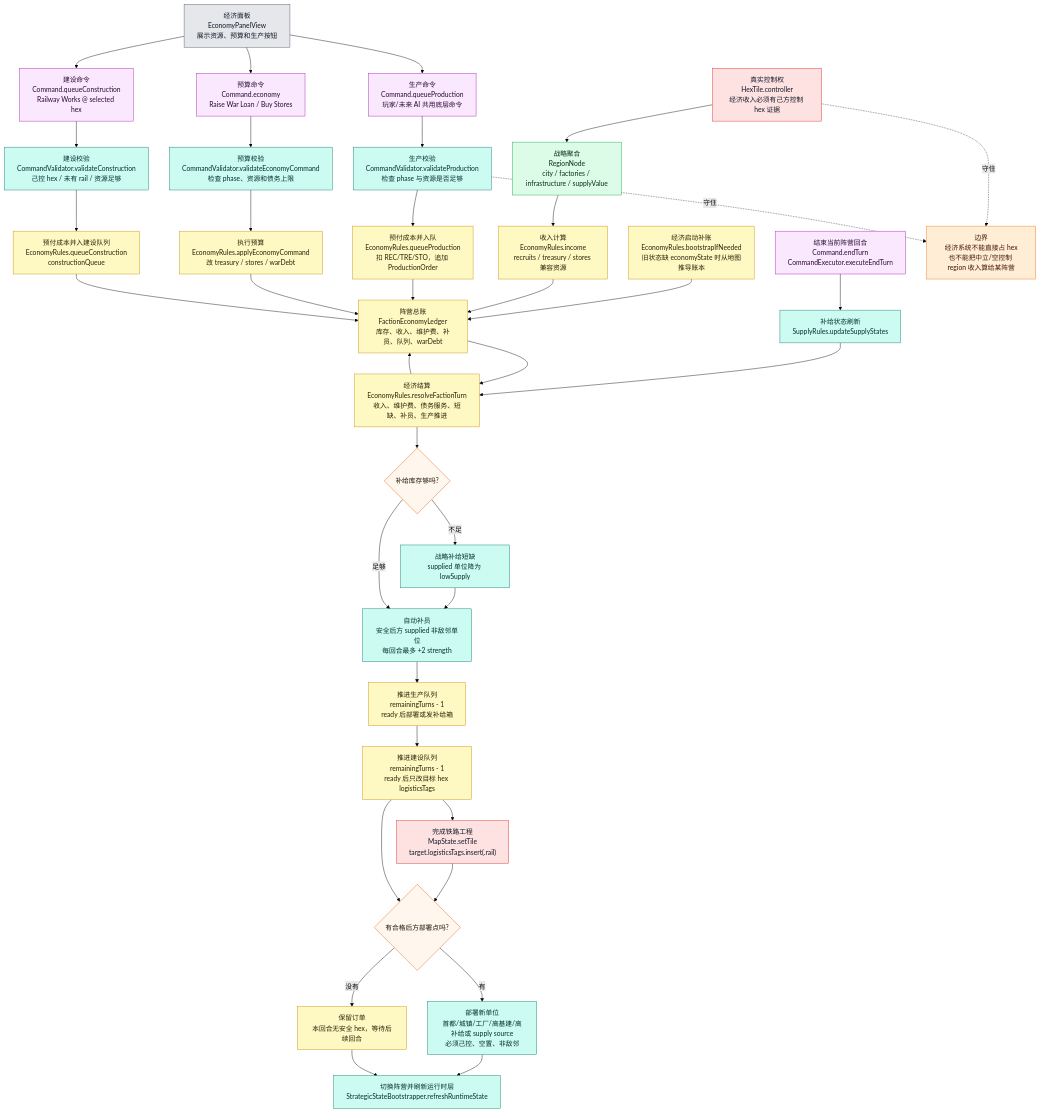
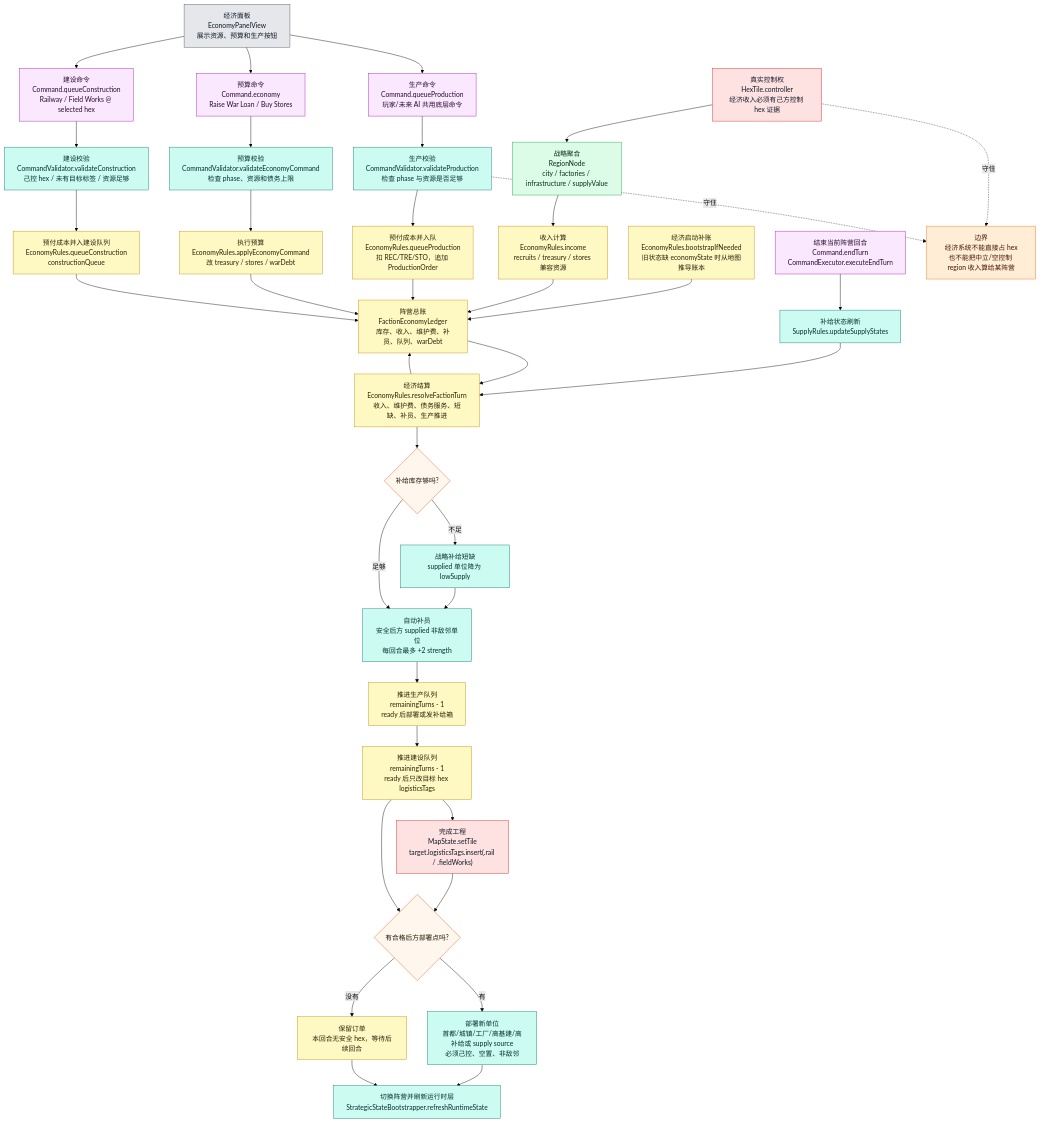
The fourth of 9 diagrams in md/flow/flowchart.md (Altman-sam114/126), drawn with Mermaid (forest theme) before and after one commit. The commit also changed 9 other files, not shown here.

Commit message:
feat(economy): add field works construction

````diff
--- a/md/flow/flowchart.md
+++ b/md/flow/flowchart.md
@@ -206,63 +206,63 @@
 ```mermaid
 flowchart TD
     BOOT["经济启动补账<br/>EconomyRules.bootstrapIfNeeded<br/>旧状态缺 economyState 时从地图推导账本"]:::economy
     HEX["真实控制权<br/>HexTile.controller<br/>经济收入必须有己方控制 hex 证据"]:::authority
     REGION["战略聚合<br/>RegionNode<br/>city / factories / infrastructure / supplyValue"]:::derived
     INCOME["收入计算<br/>EconomyRules.income<br/>recruits / treasury / stores 兼容资源"]:::economy
     LEDGER["阵营总账<br/>FactionEconomyLedger<br/>库存、收入、维护费、补员、队列、warDebt"]:::economy
 
     UI["经济面板<br/>EconomyPanelView<br/>展示资源、预算和生产按钮"]:::ui
     QUEUE["生产命令<br/>Command.queueProduction<br/>玩家/未来 AI 共用底层命令"]:::command
     VALIDATE["生产校验<br/>CommandValidator.validateProduction<br/>检查 phase 与资源是否足够"]:::rules
     PAY["预付成本并入队<br/>EconomyRules.queueProduction<br/>扣 REC/TRE/STO，追加 ProductionOrder"]:::economy
     BUDGET["预算命令<br/>Command.economy<br/>Raise War Loan / Buy Stores"]:::command
     BVALID["预算校验<br/>CommandValidator.validateEconomyCommand<br/>检查 phase、资源和债务上限"]:::rules
     APPLYB["执行预算<br/>EconomyRules.applyEconomyCommand<br/>改 treasury / stores / warDebt"]:::economy
-    BUILD["建设命令<br/>Command.queueConstruction<br/>Railway Works @ selected hex"]:::command
-    BLDVALID["建设校验<br/>CommandValidator.validateConstruction<br/>己控 hex / 未有 rail / 资源足够"]:::rules
+    BUILD["建设命令<br/>Command.queueConstruction<br/>Railway / Field Works @ selected hex"]:::command
+    BLDVALID["建设校验<br/>CommandValidator.validateConstruction<br/>己控 hex / 未有目标标签 / 资源足够"]:::rules
     BLDQUEUE["预付成本并入建设队列<br/>EconomyRules.queueConstruction<br/>constructionQueue"]:::economy
 
     END["结束当前阵营回合<br/>Command.endTurn<br/>CommandExecutor.executeEndTurn"]:::command
     SUPPLY["补给状态刷新<br/>SupplyRules.updateSupplyStates"]:::rules
     RESOLVE["经济结算<br/>EconomyRules.resolveFactionTurn<br/>收入、维护费、债务服务、短缺、补员、生产推进"]:::economy
     SHORT{"补给库存够吗?"}:::decision
     LOW["战略补给短缺<br/>supplied 单位降为 lowSupply"]:::rules
     REINF["自动补员<br/>安全后方 supplied 非敌邻单位<br/>每回合最多 +2 strength"]:::rules
     PROD["推进生产队列<br/>remainingTurns - 1<br/>ready 后部署或发补给箱"]:::economy
     CONST["推进建设队列<br/>remainingTurns - 1<br/>ready 后只改目标 hex logisticsTags"]:::economy
     DEPLOY{"有合格后方部署点吗?"}:::decision
     SPAWN["部署新单位<br/>首都/城镇/工厂/高基建/高补给或 supply source<br/>必须己控、空置、非敌邻"]:::rules
     WAIT["保留订单<br/>本回合无安全 hex，等待后续回合"]:::economy
-    RAIL["完成铁路工程<br/>MapState.setTile<br/>target.logisticsTags.insert(.rail)"]:::authority
+    RAIL["完成工程<br/>MapState.setTile<br/>target.logisticsTags.insert(.rail / .fieldWorks)"]:::authority
     NEXT["切换阵营并刷新运行时层<br/>StrategicStateBootstrapper.refreshRuntimeState"]:::rules
 
     BOOT --> LEDGER
     HEX --> REGION --> INCOME --> LEDGER
     UI --> QUEUE --> VALIDATE --> PAY --> LEDGER
     UI --> BUDGET --> BVALID --> APPLYB --> LEDGER
     UI --> BUILD --> BLDVALID --> BLDQUEUE --> LEDGER
     END --> SUPPLY --> RESOLVE
     LEDGER --> RESOLVE
     RESOLVE --> SHORT
     SHORT -->|不足| LOW --> REINF
     SHORT -->|足够| REINF
     REINF --> PROD --> CONST
     CONST --> RAIL --> DEPLOY
     CONST --> DEPLOY
     DEPLOY -->|有| SPAWN --> NEXT
     DEPLOY -->|没有| WAIT --> NEXT
     RESOLVE --> LEDGER
 
     WARN["边界<br/>经济系统不能直接占 hex<br/>也不能把中立/空控制 region 收入算给某阵营"]:::warn
     HEX -.守住.-> WARN
     VALIDATE -.守住.-> WARN
 
     classDef authority fill:#fee2e2,stroke:#dc2626,color:#111827
     classDef derived fill:#dcfce7,stroke:#16a34a,color:#052e16
     classDef economy fill:#fef9c3,stroke:#ca8a04,color:#292107
     classDef command fill:#fae8ff,stroke:#a21caf,color:#2a0a2f
     classDef rules fill:#ccfbf1,stroke:#0f766e,color:#042f2e
     classDef decision fill:#fff7ed,stroke:#ea580c,color:#1f1300
     classDef ui fill:#e5e7eb,stroke:#4b5563,color:#111827
     classDef warn fill:#ffedd5,stroke:#f97316,color:#431407
 ```
````
